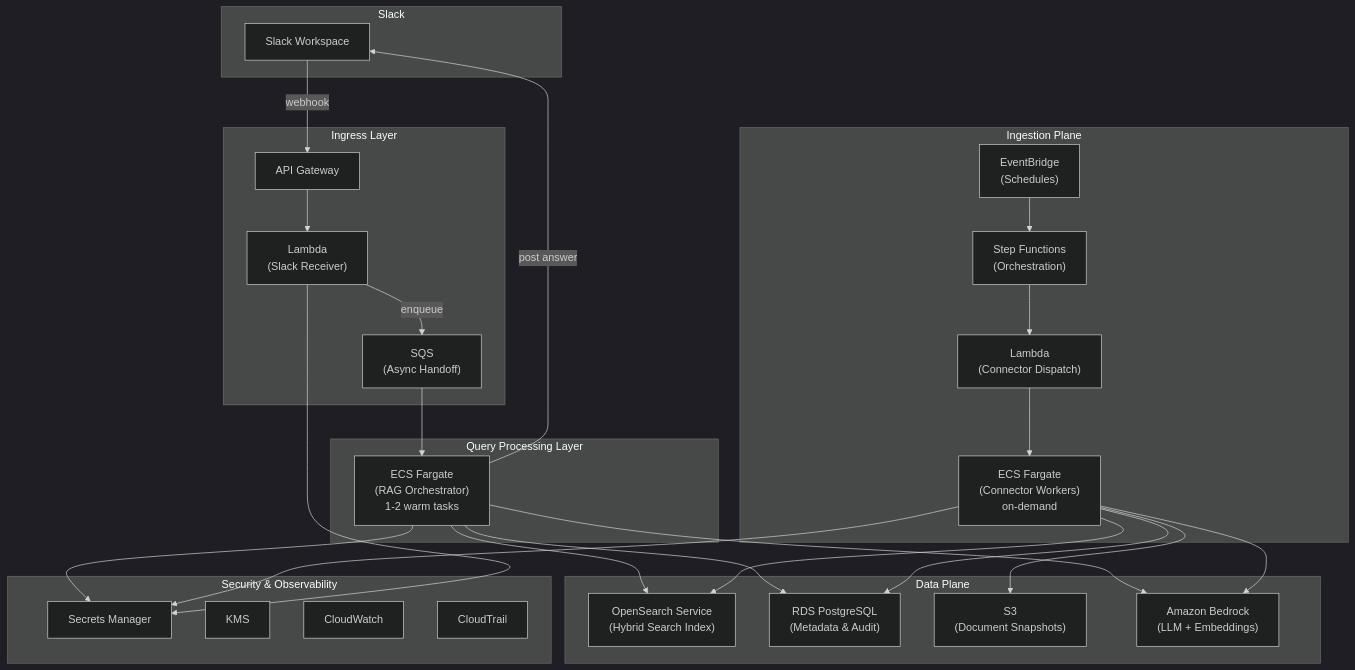
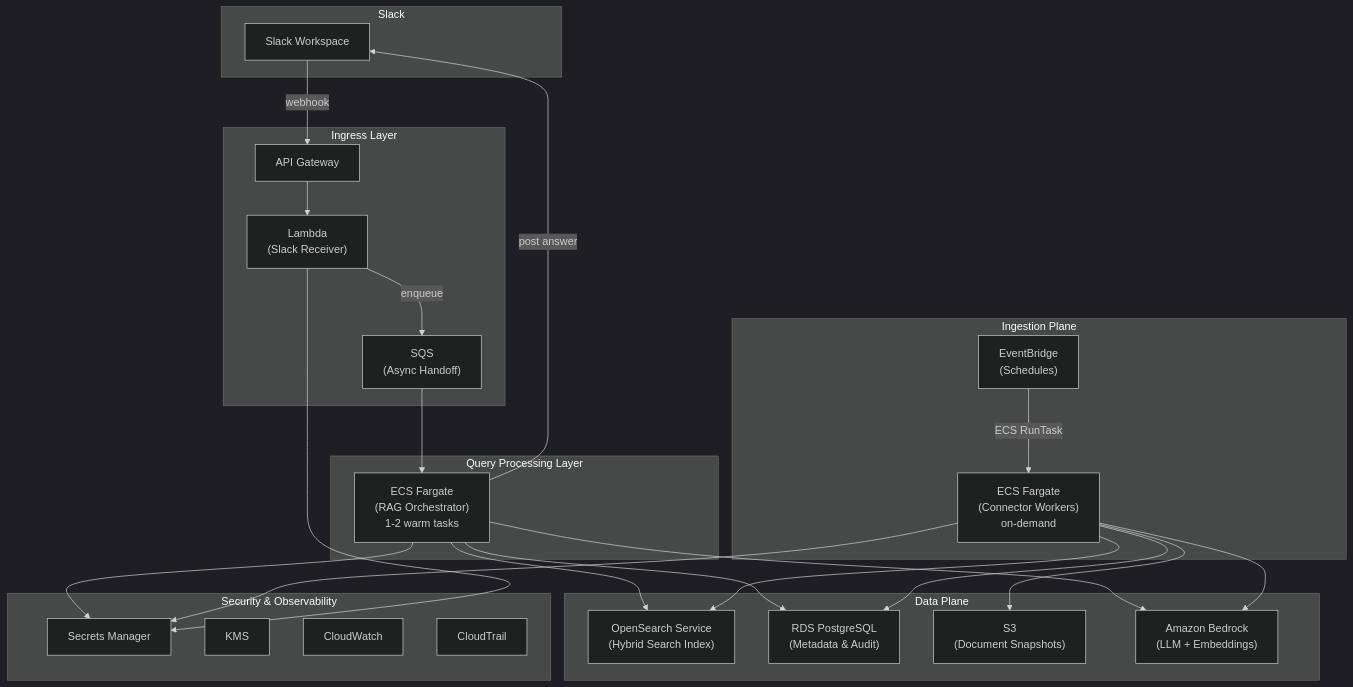
Before and after one commit to Sage-Bionetworks-IT/sage-kb-chatbot: the second of 6 diagrams in .kiro/specs/sage-kb-chatbot/design.md, drawn with Mermaid (dark theme). The commit also changed other lines of this file and 3 other files, not shown here.

First line of the commit message:
refactor(specs): drop Step Functions from ingestion plane

````diff
--- a/.kiro/specs/sage-kb-chatbot/design.md
+++ b/.kiro/specs/sage-kb-chatbot/design.md
@@ -40,59 +40,55 @@
 ```mermaid
 graph TD
     subgraph Slack
         SlackApp["Slack Workspace"]
     end
 
     subgraph Ingress["Ingress Layer"]
         APIGW["API Gateway"]
         Lambda["Lambda<br/>(Slack Receiver)"]
         SQS["SQS<br/>(Async Handoff)"]
     end
 
     subgraph Compute["Query Processing Layer"]
         ECS["ECS Fargate<br/>(RAG Orchestrator)<br/>1-2 warm tasks"]
     end
 
     subgraph DataPlane["Data Plane"]
         OpenSearch["OpenSearch Service<br/>(Hybrid Search Index)"]
         RDS["RDS PostgreSQL<br/>(Metadata & Audit)"]
         S3["S3<br/>(Document Snapshots)"]
         Bedrock["Amazon Bedrock<br/>(LLM + Embeddings)"]
     end
 
     subgraph Ingestion["Ingestion Plane"]
         EventBridge["EventBridge<br/>(Schedules)"]
-        StepFn["Step Functions<br/>(Orchestration)"]
-        ConnectorLambda["Lambda<br/>(Connector Dispatch)"]
         ConnectorECS["ECS Fargate<br/>(Connector Workers)<br/>on-demand"]
     end
 
     subgraph Security["Security & Observability"]
         SecretsManager["Secrets Manager"]
         KMS["KMS"]
         CloudWatch["CloudWatch"]
         CloudTrail["CloudTrail"]
     end
 
     SlackApp -->|webhook| APIGW
     APIGW --> Lambda
     Lambda -->|enqueue| SQS
     SQS --> ECS
 
     ECS --> OpenSearch
     ECS --> RDS
     ECS --> Bedrock
     ECS -->|post answer| SlackApp
 
-    EventBridge --> StepFn
-    StepFn --> ConnectorLambda
-    ConnectorLambda --> ConnectorECS
+    EventBridge -->|ECS RunTask| ConnectorECS
     ConnectorECS --> OpenSearch
     ConnectorECS --> RDS
     ConnectorECS --> S3
     ConnectorECS --> Bedrock
 
     ECS --> SecretsManager
     ConnectorECS --> SecretsManager
     Lambda --> SecretsManager
 ```
````
